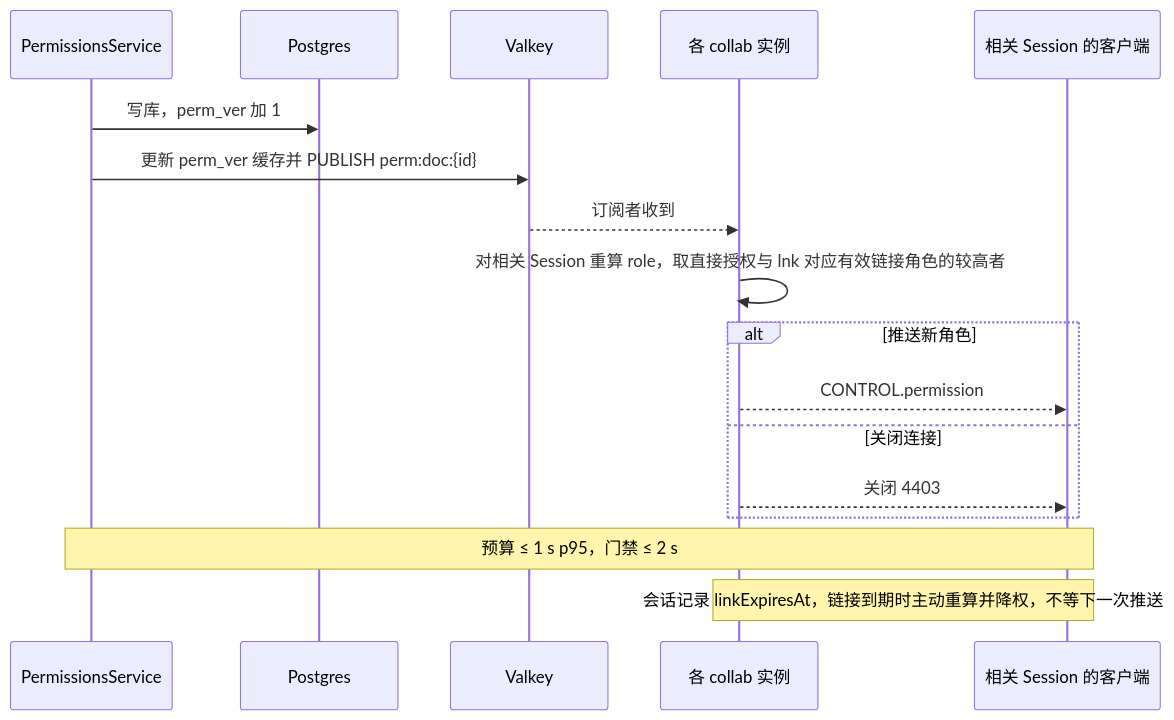
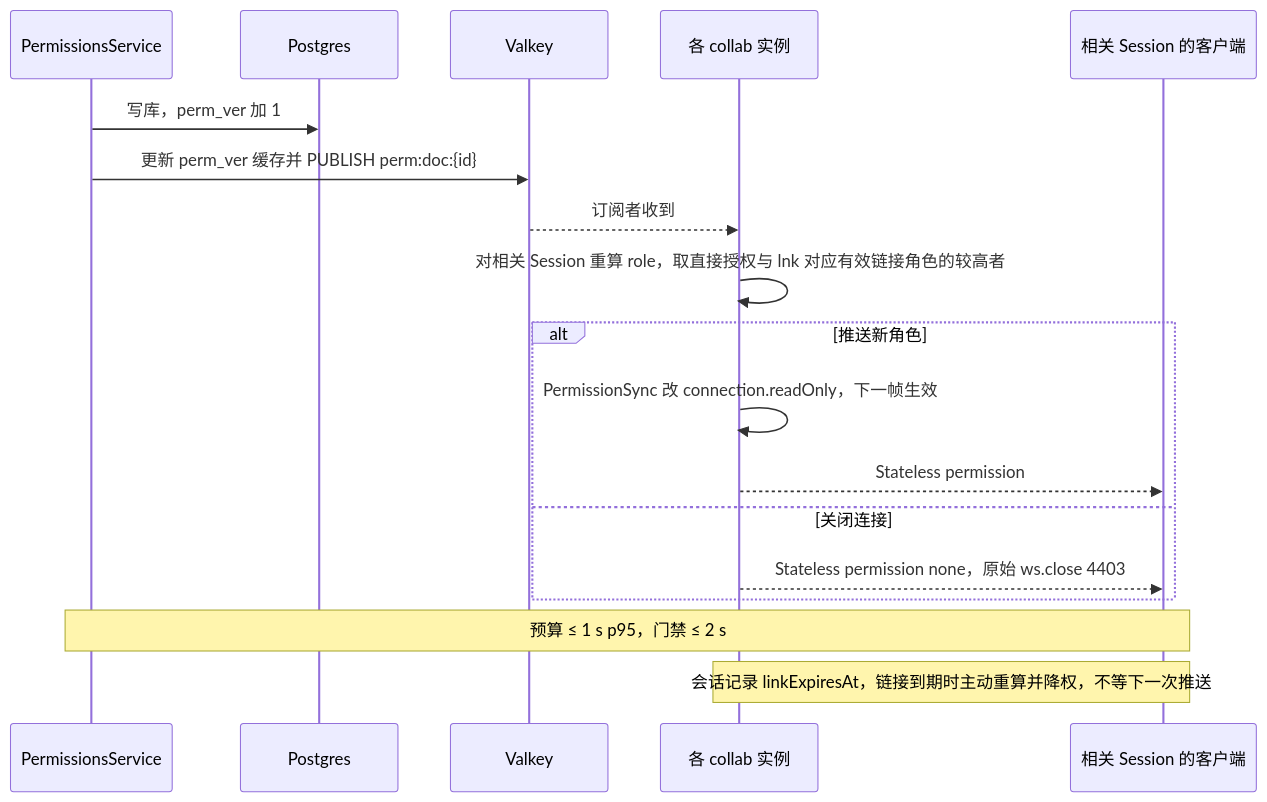
One commit to Xeonice/cordis-ppt-editor changed the second of 2 diagrams in docs/30-architecture/adr/0029-gateway-authorization.md. Above: the diagram before and after it, drawn with Mermaid. The commit also changed other lines of this file and 78 other files, not shown here.

````diff
--- a/docs/30-architecture/adr/0029-gateway-authorization.md
+++ b/docs/30-architecture/adr/0029-gateway-authorization.md
@@ -50,19 +50,20 @@
 ```mermaid
 sequenceDiagram
   participant permSvc as PermissionsService
   participant pg as Postgres
   participant valkey as Valkey
   participant inst as 各 collab 实例
   participant client as 相关 Session 的客户端
   permSvc->>pg: 写库，perm_ver 加 1
   permSvc->>valkey: 更新 perm_ver 缓存并 PUBLISH perm:doc:{id}
   valkey-->>inst: 订阅者收到
   inst->>inst: 对相关 Session 重算 role，取直接授权与 lnk 对应有效链接角色的较高者
   alt 推送新角色
-    inst-->>client: CONTROL.permission
+    inst->>inst: PermissionSync 改 connection.readOnly，下一帧生效
+    inst-->>client: Stateless permission
   else 关闭连接
-    inst-->>client: 关闭 4403
+    inst-->>client: Stateless permission none，原始 ws.close 4403
   end
   Note over permSvc,client: 预算 ≤ 1 s p95，门禁 ≤ 2 s
   Note over inst,client: 会话记录 linkExpiresAt，链接到期时主动重算并降权，不等下一次推送
 ```
````
